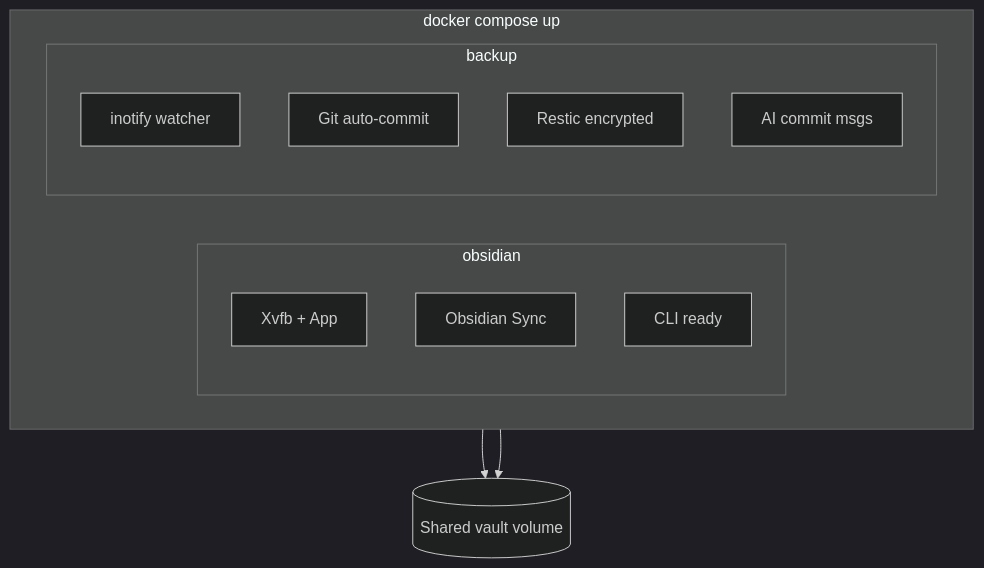
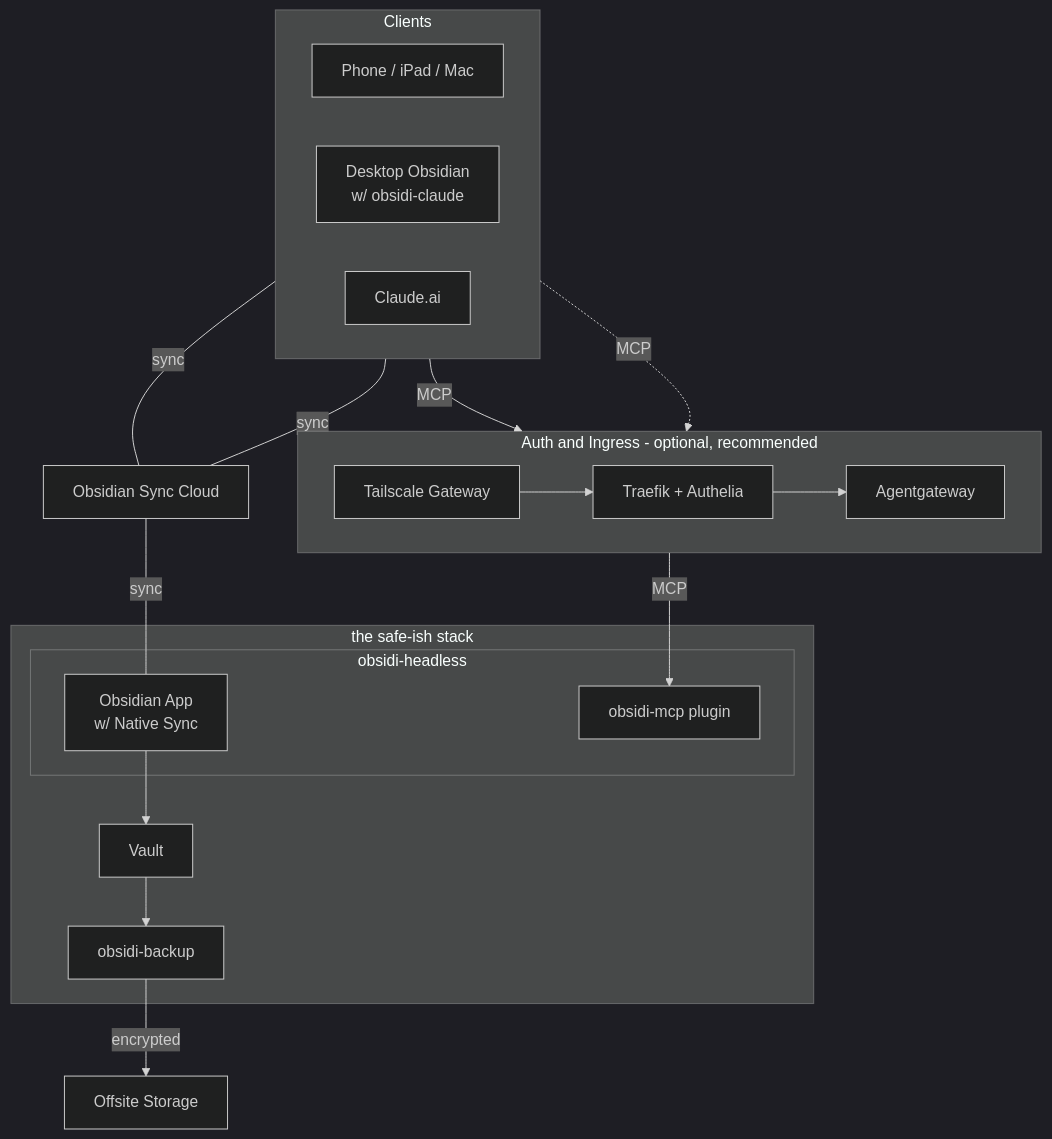
The diagram in README.md (cameronsjo/obaass), drawn with Mermaid (dark theme) before and after one commit. The commit also changed other lines of this file and 12 other files, not shown here.

First line of the commit message:
docs: add generated illustrations, sync-setup, and mcp-integration guides

````diff
--- a/README.md
+++ b/README.md
@@ -43,20 +32,42 @@
 ```mermaid
 graph TB
-    subgraph stack["docker compose up"]
+    subgraph clients["Clients"]
         direction LR
-        subgraph obsidian["obsidian"]
-            o1["Xvfb + App"]
-            o2["Obsidian Sync"]
-            o3["CLI ready"]
+        phone["Phone / iPad / Mac"]
+        desktop["Desktop Obsidian<br/>w/ obsidi-claude"]
+        claude_ai["Claude.ai"]
+    end
+
+    sync_cloud["Obsidian Sync Cloud"]
+
+    subgraph auth["Auth and Ingress - optional, recommended"]
+        direction LR
+        ts["Tailscale Gateway"]
+        proxy["Traefik + Authelia"]
+        agw["Agentgateway"]
+        ts --> proxy --> agw
+    end
+
+    subgraph server["the safe-ish stack"]
+        subgraph headless["obsidi-headless"]
+            obs_app["Obsidian App<br/>w/ Native Sync"]
+            obs_mcp["obsidi-mcp plugin"]
         end
-        subgraph backup["backup"]
-            b1["inotify watcher"]
-            b2["Git auto-commit"]
-            b3["Restic encrypted"]
-            b4["AI commit msgs"]
-        end
+        backup["obsidi-backup"]
+        vault["Vault"]
     end
-    vault[("Shared vault volume")]
-    obsidian --> vault
-    backup --> vault
+
+    offsite["Offsite Storage"]
+
+    phone ---|sync| sync_cloud
+    desktop ---|sync| sync_cloud
+    sync_cloud ---|sync| obs_app
+
+    claude_ai -- MCP --> ts
+    desktop -. MCP .-> proxy
+    agw -- MCP --> obs_mcp
+
+    obs_app --> vault
+    vault --> backup
+    backup -- encrypted --> offsite
 ```
````
